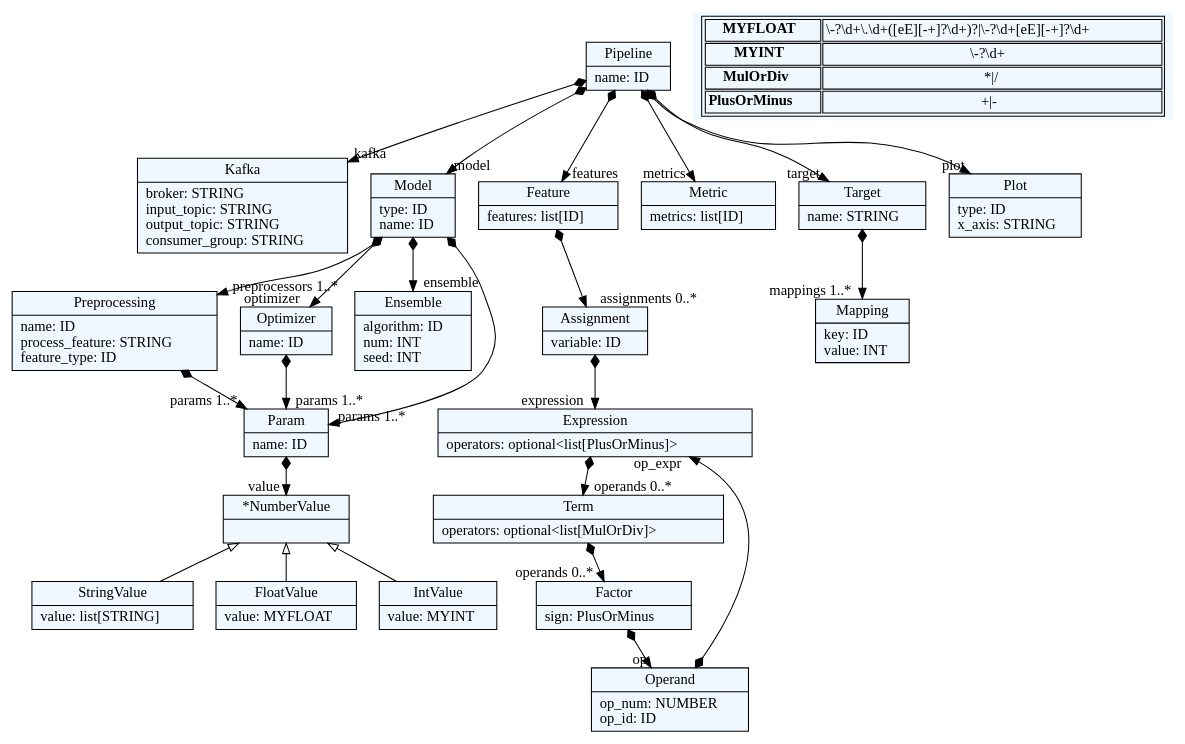
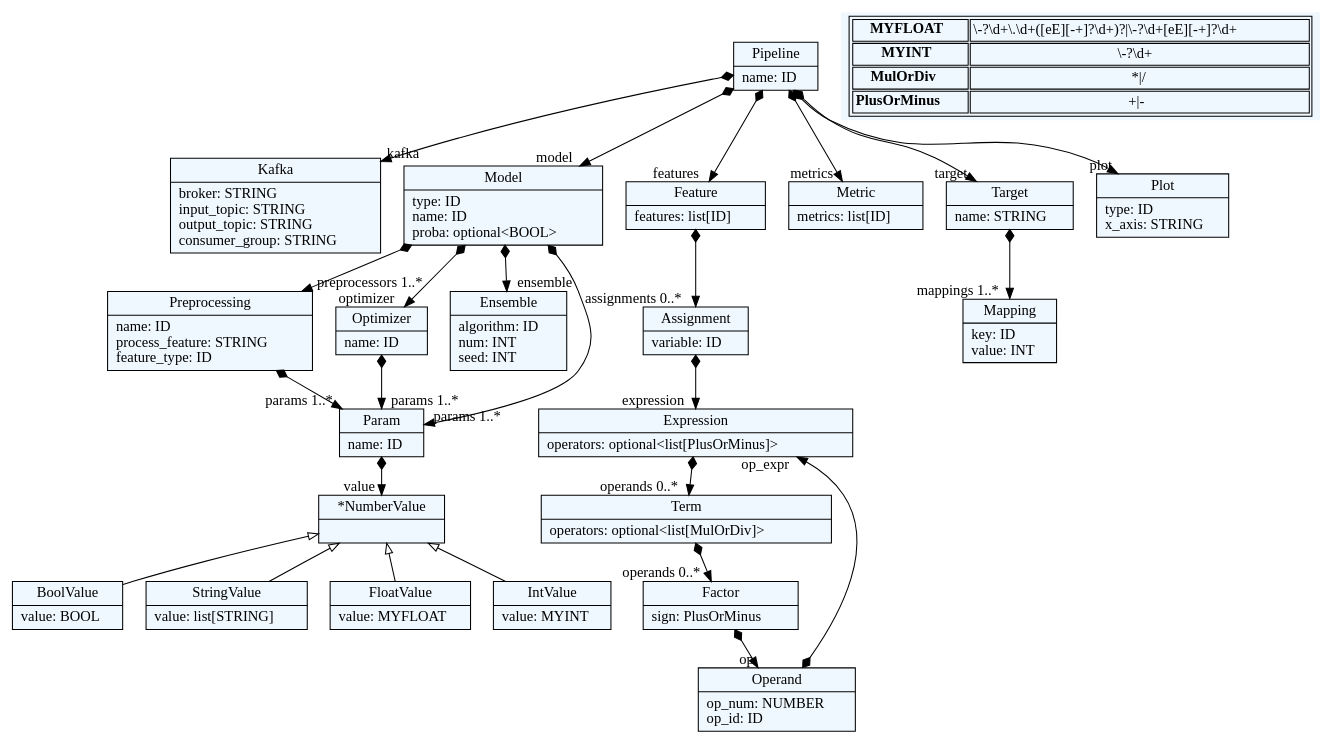
Before and after one commit to deepblue597/beaver: the diagram in penguin/penguin.dot, drawn with Graphviz. The commit also changed 10 other files, not shown here.

```diff
--- a/penguin/penguin.dot
+++ b/penguin/penguin.dot
@@ -1,97 +1,100 @@
 
     digraph textX {
     fontname = "Bitstream Vera Sans"
     fontsize = 8
     node[
         shape=record,
         style=filled,
         fillcolor=aliceblue
     ]
     nodesep = 0.3
     edge[dir=black,arrowtail=empty]
 
 
-2264728084688[ label="{Pipeline|name: ID\l}"]
+133546556893056[ label="{Pipeline|name: ID\l}"]
 
-2264728092496[ label="{Kafka|broker: STRING\linput_topic: STRING\loutput_topic: STRING\lconsumer_group: STRING\l}"]
+133546556886384[ label="{Kafka|broker: STRING\linput_topic: STRING\loutput_topic: STRING\lconsumer_group: STRING\l}"]
 
-2264728088656[ label="{Model|type: ID\lname: ID\l}"]
+133546556886672[ label="{Model|type: ID\lname: ID\lproba: optional\<BOOL\>\l}"]
 
-2264728105936[ label="{Preprocessing|name: ID\lprocess_feature: STRING\lfeature_type: ID\l}"]
+133546556887536[ label="{Preprocessing|name: ID\lprocess_feature: STRING\lfeature_type: ID\l}"]
 
-2264727980176[ label="{Optimizer|name: ID\l}"]
+133546557113600[ label="{Optimizer|name: ID\l}"]
 
-2264727815824[ label="{Ensemble|algorithm: ID\lnum: INT\lseed: INT\l}"]
+133546557114512[ label="{Ensemble|algorithm: ID\lnum: INT\lseed: INT\l}"]
 
-2264728023056[ label="{Param|name: ID\l}"]
+133546557118208[ label="{Param|name: ID\l}"]
 
-2264728015952[ label="{*NumberValue|}"]
+133546557118688[ label="{*NumberValue|}"]
 
-2264728016464[ label="{StringValue|value: list[STRING]\l}"]
+133546557117488[ label="{BoolValue|value: BOOL\l}"]
 
-2264728020368[ label="{FloatValue|value: MYFLOAT\l}"]
+133546557118592[ label="{StringValue|value: list[STRING]\l}"]
 
-2264728014032[ label="{IntValue|value: MYINT\l}"]
+133546557117632[ label="{FloatValue|value: MYFLOAT\l}"]
 
-2264728205136[ label="{Feature|features: list[ID]\l}"]
+133546557119168[ label="{IntValue|value: MYINT\l}"]
 
-2264728204688[ label="{Assignment|variable: ID\l}"]
+133546557112592[ label="{Feature|features: list[ID]\l}"]
 
-2264728014544[ label="{Expression|operators: optional\<list[PlusOrMinus]\>\l}"]
+133546557116240[ label="{Assignment|variable: ID\l}"]
 
-2264728204496[ label="{Term|operators: optional\<list[MulOrDiv]\>\l}"]
+133546557113408[ label="{Expression|operators: optional\<list[PlusOrMinus]\>\l}"]
 
-2264728204816[ label="{Factor|sign: PlusOrMinus\l}"]
+133546557116816[ label="{Term|operators: optional\<list[MulOrDiv]\>\l}"]
 
-2264728195408[ label="{Operand|op_num: NUMBER\lop_id: ID\l}"]
+133546557119360[ label="{Factor|sign: PlusOrMinus\l}"]
 
-2264728195536[ label="{Metric|metrics: list[ID]\l}"]
+133546557119600[ label="{Operand|op_num: NUMBER\lop_id: ID\l}"]
 
-2264695548368[ label="{Target|name: STRING\l}"]
+133546557120080[ label="{Metric|metrics: list[ID]\l}"]
 
-2264728195920[ label="{Mapping|key: ID\lvalue: INT\l}"]
+133546557120128[ label="{Target|name: STRING\l}"]
 
-2264728195728[ label="{Plot|type: ID\lx_axis: STRING\l}"]
+133546557120416[ label="{Mapping|key: ID\lvalue: INT\l}"]
+
+133546557120512[ label="{Plot|type: ID\lx_axis: STRING\l}"]
 
 
 
-2264728084688 -> 2264728092496[arrowtail=diamond, dir=both, headlabel="kafka "]
-2264728084688 -> 2264728088656[arrowtail=diamond, dir=both, headlabel="model "]
-2264728084688 -> 2264728205136[arrowtail=diamond, dir=both, headlabel="features "]
-2264728084688 -> 2264728195536[arrowtail=diamond, dir=both, headlabel="metrics "]
-2264728084688 -> 2264695548368[arrowtail=diamond, dir=both, headlabel="target "]
-2264728084688 -> 2264728195728[arrowtail=diamond, dir=both, headlabel="plot "]
-2264728088656 -> 2264727815824[arrowtail=diamond, dir=both, headlabel="ensemble "]
-2264728088656 -> 2264728105936[arrowtail=diamond, dir=both, headlabel="preprocessors 1..*"]
-2264728088656 -> 2264728023056[arrowtail=diamond, dir=both, headlabel="params 1..*"]
-2264728088656 -> 2264727980176[arrowtail=diamond, dir=both, headlabel="optimizer "]
-2264728105936 -> 2264728023056[arrowtail=diamond, dir=both, headlabel="params 1..*"]
-2264727980176 -> 2264728023056[arrowtail=diamond, dir=both, headlabel="params 1..*"]
-2264728023056 -> 2264728015952[arrowtail=diamond, dir=both, headlabel="value "]
-2264728015952 -> 2264728020368 [dir=back]
-2264728015952 -> 2264728014032 [dir=back]
-2264728015952 -> 2264728016464 [dir=back]
-2264728205136 -> 2264728204688[arrowtail=diamond, dir=both, headlabel="assignments 0..*"]
-2264728204688 -> 2264728014544[arrowtail=diamond, dir=both, headlabel="expression "]
-2264728014544 -> 2264728204496[arrowtail=diamond, dir=both, headlabel="operands 0..*"]
-2264728204496 -> 2264728204816[arrowtail=diamond, dir=both, headlabel="operands 0..*"]
-2264728204816 -> 2264728195408[arrowtail=diamond, dir=both, headlabel="op "]
-2264728195408 -> 2264728014544[arrowtail=diamond, dir=both, headlabel="op_expr "]
-2264695548368 -> 2264728195920[arrowtail=diamond, dir=both, headlabel="mappings 1..*"]
+133546556893056 -> 133546556886384[arrowtail=diamond, dir=both, headlabel="kafka "]
+133546556893056 -> 133546556886672[arrowtail=diamond, dir=both, headlabel="model "]
+133546556893056 -> 133546557112592[arrowtail=diamond, dir=both, headlabel="features "]
+133546556893056 -> 133546557120080[arrowtail=diamond, dir=both, headlabel="metrics "]
+133546556893056 -> 133546557120128[arrowtail=diamond, dir=both, headlabel="target "]
+133546556893056 -> 133546557120512[arrowtail=diamond, dir=both, headlabel="plot "]
+133546556886672 -> 133546557114512[arrowtail=diamond, dir=both, headlabel="ensemble "]
+133546556886672 -> 133546556887536[arrowtail=diamond, dir=both, headlabel="preprocessors 1..*"]
+133546556886672 -> 133546557118208[arrowtail=diamond, dir=both, headlabel="params 1..*"]
+133546556886672 -> 133546557113600[arrowtail=diamond, dir=both, headlabel="optimizer "]
+133546556887536 -> 133546557118208[arrowtail=diamond, dir=both, headlabel="params 1..*"]
+133546557113600 -> 133546557118208[arrowtail=diamond, dir=both, headlabel="params 1..*"]
+133546557118208 -> 133546557118688[arrowtail=diamond, dir=both, headlabel="value "]
+133546557118688 -> 133546557117632 [dir=back]
+133546557118688 -> 133546557119168 [dir=back]
+133546557118688 -> 133546557118592 [dir=back]
+133546557118688 -> 133546557117488 [dir=back]
+133546557112592 -> 133546557116240[arrowtail=diamond, dir=both, headlabel="assignments 0..*"]
+133546557116240 -> 133546557113408[arrowtail=diamond, dir=both, headlabel="expression "]
+133546557113408 -> 133546557116816[arrowtail=diamond, dir=both, headlabel="operands 0..*"]
+133546557116816 -> 133546557119360[arrowtail=diamond, dir=both, headlabel="operands 0..*"]
+133546557119360 -> 133546557119600[arrowtail=diamond, dir=both, headlabel="op "]
+133546557119600 -> 133546557113408[arrowtail=diamond, dir=both, headlabel="op_expr "]
+133546557120128 -> 133546557120416[arrowtail=diamond, dir=both, headlabel="mappings 1..*"]
 match_rules [ shape=plaintext, label=< <table>
 	<tr>
 		<td><b>MYFLOAT</b></td><td>\-?\d+\.\d+([eE][-+]?\d+)?|\-?\d+[eE][-+]?\d+</td>
 	</tr>
 	<tr>
 		<td><b>MYINT</b></td><td>\-?\d+</td>
 	</tr>
 	<tr>
 		<td><b>MulOrDiv</b></td><td>*|/</td>
 	</tr>
 	<tr>
 		<td><b>PlusOrMinus</b></td><td>+|-</td>
 	</tr>
 </table> >]
 
 
 }
```
